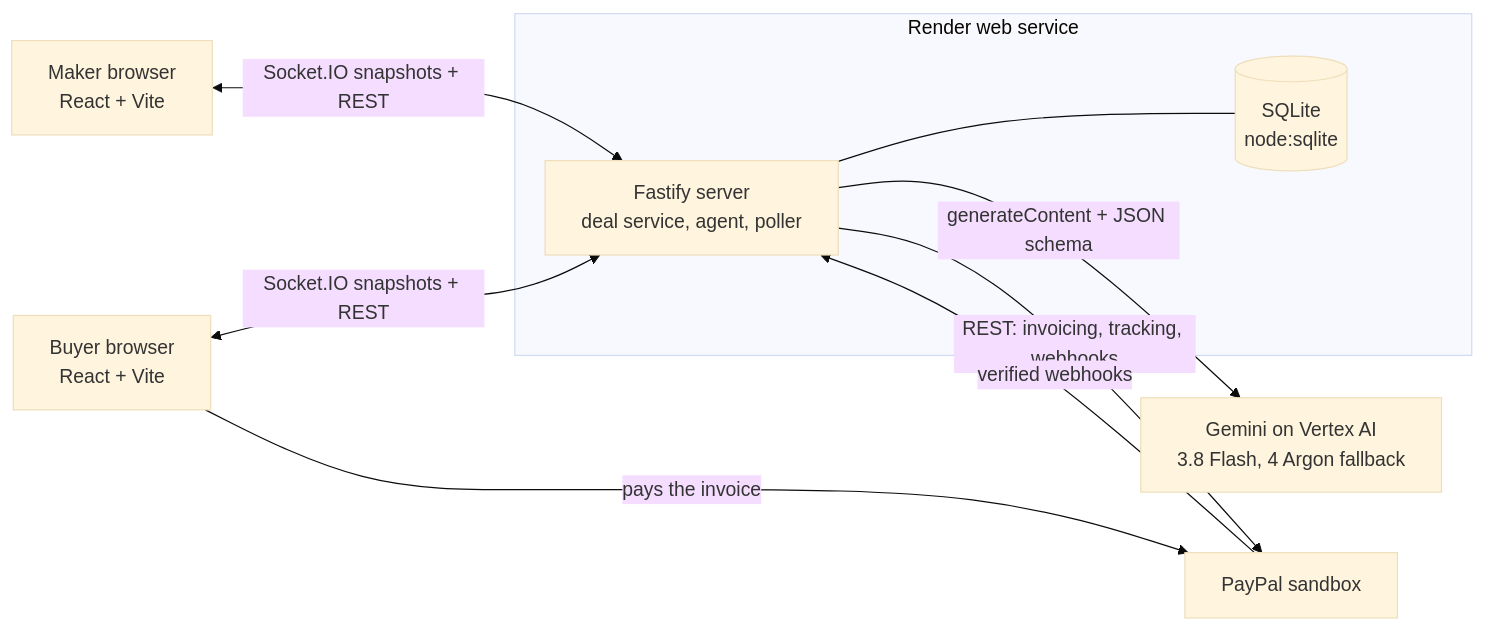
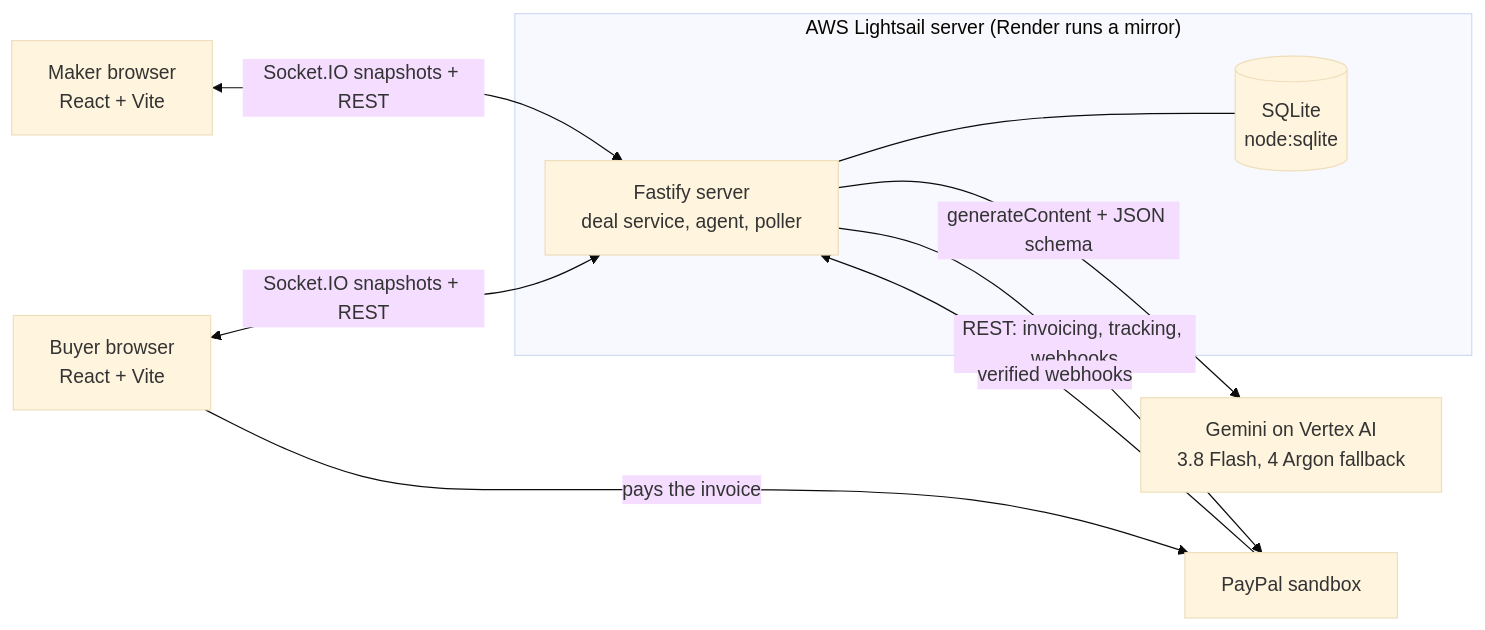
The diagram in README.md (krushnasalunke215-lang/Sauda), drawn with Mermaid (base theme) before and after one commit. The commit also changed other lines of this file and 6 other files, not shown here.

First line of the commit message:
docs: move the hosted demo to AWS Lightsail, Render as backup mirror

````diff
--- a/README.md
+++ b/README.md
@@ -95,12 +95,12 @@
 ```mermaid
 flowchart LR
   M["Maker browser<br/>React + Vite"] <-->|"Socket.IO snapshots + REST"| S
   B["Buyer browser<br/>React + Vite"] <-->|"Socket.IO snapshots + REST"| S
-  subgraph R["Render web service"]
+  subgraph R["AWS Lightsail server (Render runs a mirror)"]
     S["Fastify server<br/>deal service, agent, poller"] --- D[("SQLite<br/>node:sqlite")]
   end
   S -->|"generateContent + JSON schema"| G["Gemini on Vertex AI<br/>3.8 Flash, 4 Argon fallback"]
   S -->|"REST: invoicing, tracking, webhooks"| P["PayPal sandbox"]
   P -->|"verified webhooks"| S
   B -->|"pays the invoice"| P
 ```
````
